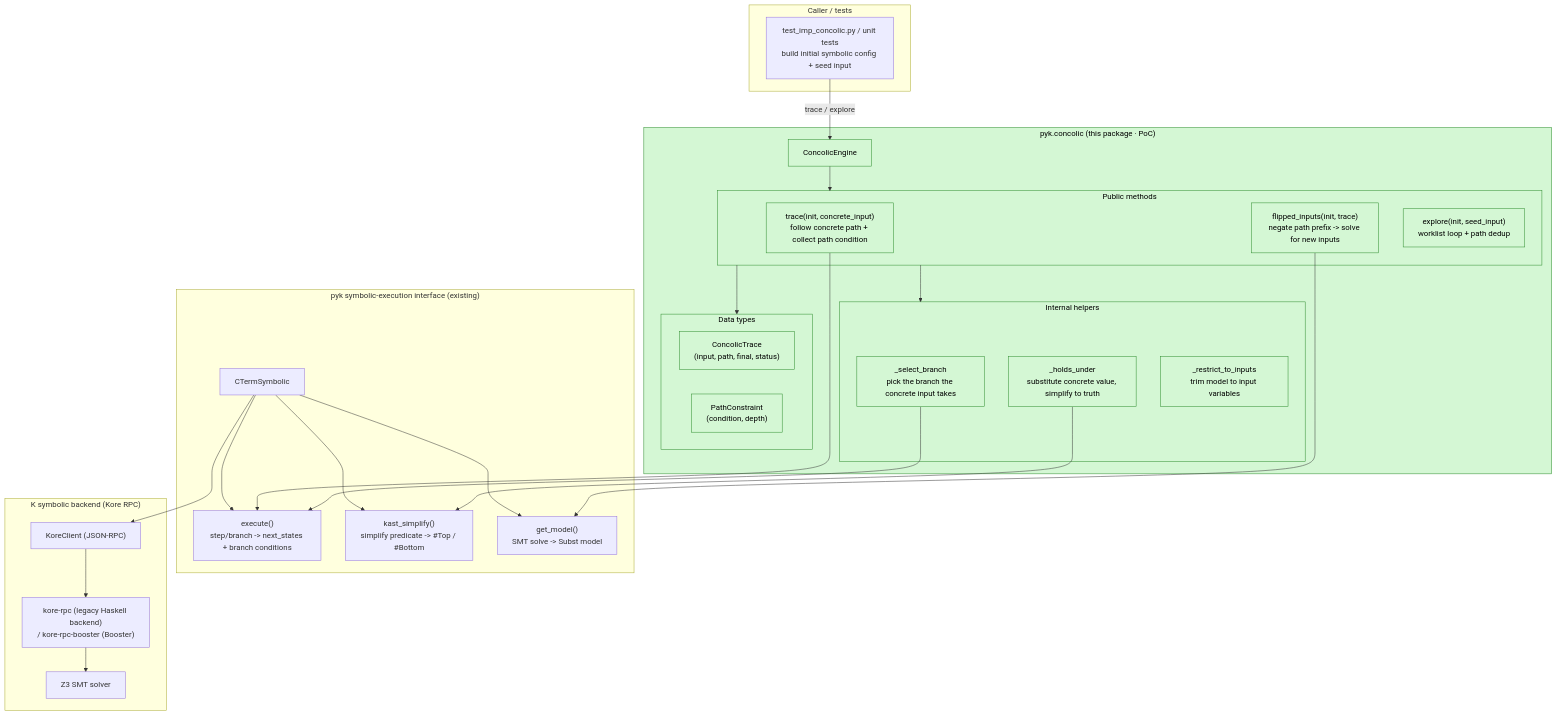
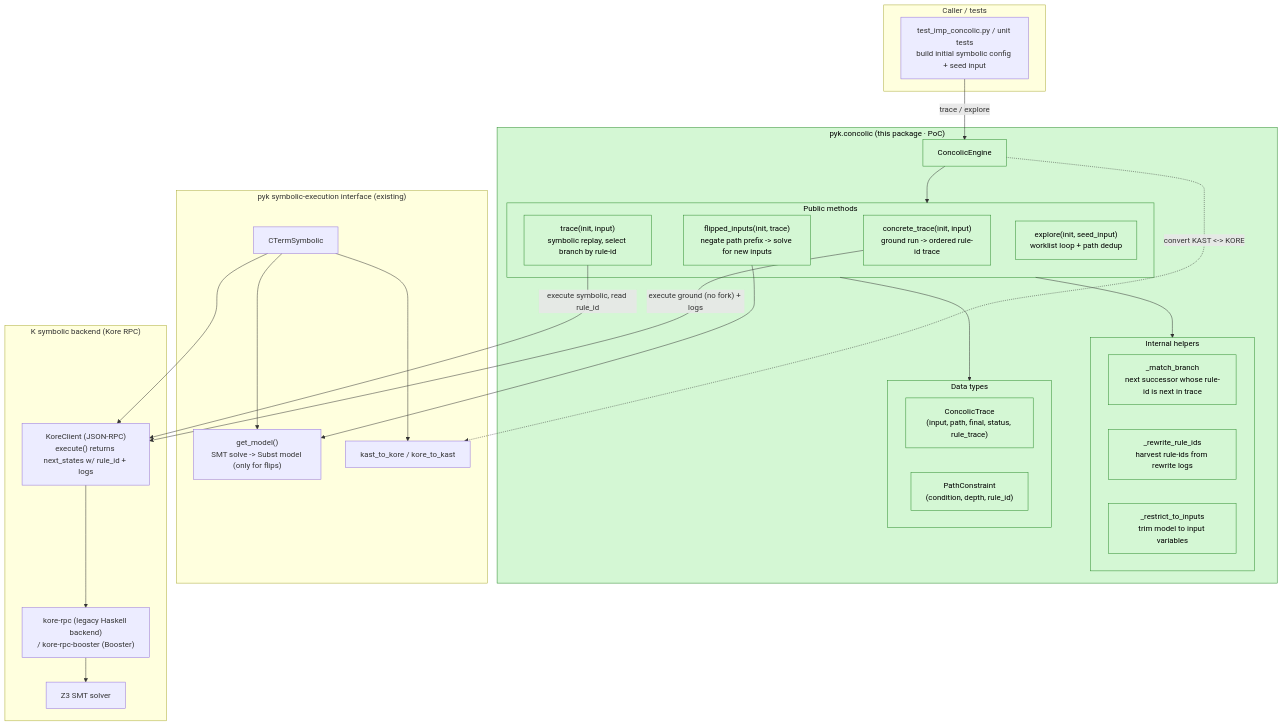
Before and after one commit to Stevengre/k: the first of 2 diagrams in pyk/src/pyk/concolic/README.md, drawn with Mermaid. The commit also changed other lines of this file and 3 other files, not shown here.

First line of the commit message:
Make concolic engine trace-guided; add design doc

````diff
--- a/pyk/src/pyk/concolic/README.md
+++ b/pyk/src/pyk/concolic/README.md
@@ -36,52 +60,52 @@
 ```mermaid
 flowchart TB
     subgraph User["Caller / tests"]
         T["test_imp_concolic.py / unit tests<br/>build initial symbolic config + seed input"]
     end
 
     subgraph Concolic["pyk.concolic (this package · PoC)"]
         E["ConcolicEngine"]
         subgraph API["Public methods"]
-            M1["trace(init, concrete_input)<br/>follow concrete path + collect path condition"]
+            M0["concrete_trace(init, input)<br/>ground run -> ordered rule-id trace"]
+            M1["trace(init, input)<br/>symbolic replay, select branch by rule-id"]
             M2["flipped_inputs(init, trace)<br/>negate path prefix -> solve for new inputs"]
             M3["explore(init, seed_input)<br/>worklist loop + path dedup"]
         end
         subgraph Helpers["Internal helpers"]
-            H1["_select_branch<br/>pick the branch the concrete input takes"]
-            H2["_holds_under<br/>substitute concrete value, simplify to truth"]
+            H1["_match_branch<br/>next successor whose rule-id is next in trace"]
+            H2["_rewrite_rule_ids<br/>harvest rule-ids from rewrite logs"]
             H3["_restrict_to_inputs<br/>trim model to input variables"]
         end
         subgraph Data["Data types"]
-            D1["ConcolicTrace<br/>(input, path, final, status)"]
-            D2["PathConstraint<br/>(condition, depth)"]
+            D1["ConcolicTrace<br/>(input, path, final, status, rule_trace)"]
+            D2["PathConstraint<br/>(condition, depth, rule_id)"]
         end
         E --> API
         API --> Helpers
         API --> Data
     end
 
     subgraph Pyk["pyk symbolic-execution interface (existing)"]
         CS["CTermSymbolic"]
-        CS1["execute()<br/>step/branch -> next_states + branch conditions"]
-        CS2["kast_simplify()<br/>simplify predicate -> #Top / #Bottom"]
-        CS3["get_model()<br/>SMT solve -> Subst model"]
-        CS --> CS1 & CS2 & CS3
+        CS3["get_model()<br/>SMT solve -> Subst model (only for flips)"]
+        CONV["kast_to_kore / kore_to_kast"]
+        CS --> CS3 & CONV
     end
 
     subgraph Backend["K symbolic backend (Kore RPC)"]
-        KC["KoreClient (JSON-RPC)"]
+        KC["KoreClient (JSON-RPC)<br/>execute() returns next_states w/ rule_id + logs"]
         SRV["kore-rpc (legacy Haskell backend)<br/>/ kore-rpc-booster (Booster)"]
         Z3["Z3 SMT solver"]
         KC --> SRV --> Z3
     end
 
     T -->|"trace / explore"| E
-    M1 --> CS1
-    H1 --> CS1
-    H2 --> CS2
+    M0 -->|"execute ground (no fork) + logs"| KC
+    M1 -->|"execute symbolic, read rule_id"| KC
     M2 --> CS3
+    E -.->|convert KAST <-> KORE| CONV
     CS --> KC
 
     classDef new fill:#d4f7d4,stroke:#2a8a2a,color:#000;
-    class Concolic,E,API,Helpers,Data,M1,M2,M3,H1,H2,H3,D1,D2 new;
+    class Concolic,E,API,Helpers,Data,M0,M1,M2,M3,H1,H2,H3,D1,D2 new;
 ```
````
